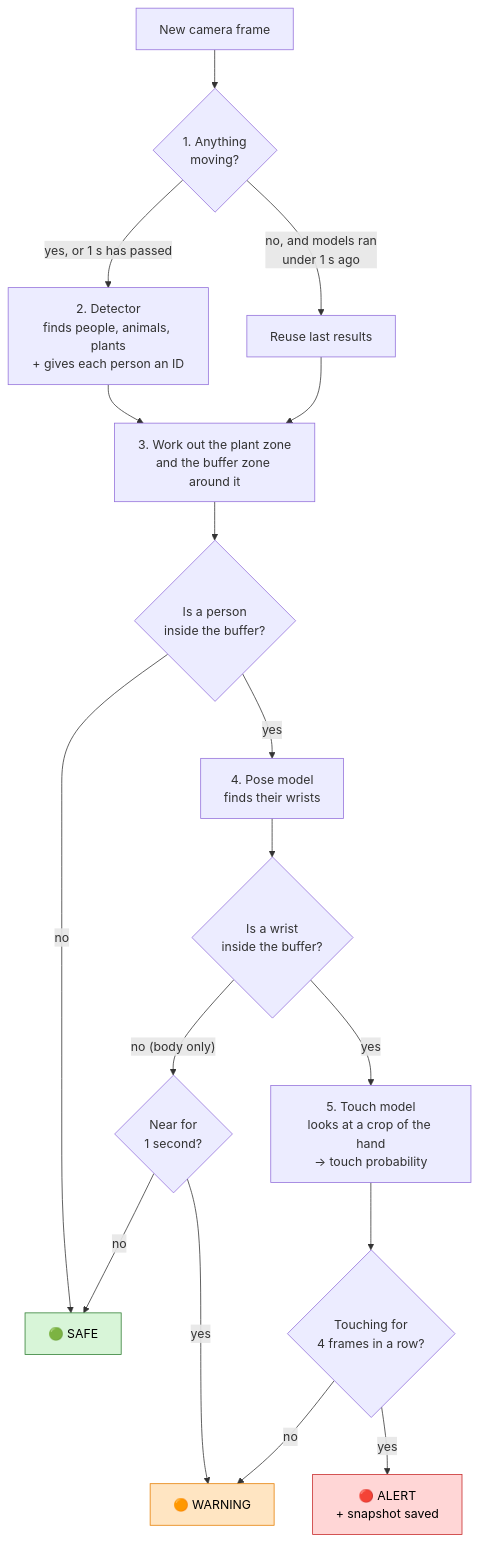
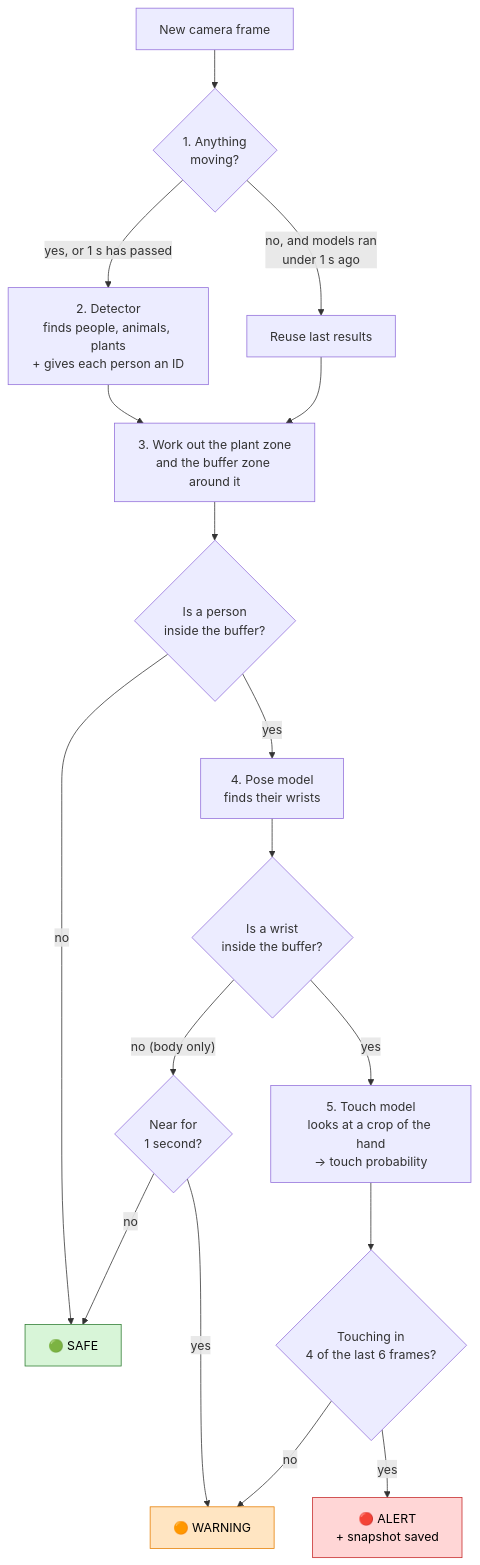
One commit to NyChieng/Innovation-Private-Proto changed the second of 6 diagrams in ai-vision-node/README.md. Above: the diagram before and after it, drawn with Mermaid. The commit also changed other lines of this file and 3 other files, not shown here.

````diff
--- a/ai-vision-node/README.md
+++ b/ai-vision-node/README.md
@@ -53,26 +54,26 @@
 ```mermaid
 flowchart TD
     F["New camera frame"] --> M{"1. Anything<br/>moving?"}
     M -- "no, and models ran<br/>under 1 s ago" --> REUSE["Reuse last results"]
     M -- "yes, or 1 s has passed" --> DET["2. Detector<br/>finds people, animals, plants<br/>+ gives each person an ID"]
     DET --> ZONE["3. Work out the plant zone<br/>and the buffer zone around it"]
     REUSE --> ZONE
     ZONE --> NEAR{"Is a person<br/>inside the buffer?"}
     NEAR -- no --> SAFE["🟢 SAFE"]
     NEAR -- yes --> POSE["4. Pose model<br/>finds their wrists"]
     POSE --> HAND{"Is a wrist<br/>inside the buffer?"}
     HAND -- "no (body only)" --> WAIT{"Near for<br/>1 second?"}
     WAIT -- no --> SAFE
     WAIT -- yes --> WARN["🟠 WARNING"]
     HAND -- yes --> TOUCH["5. Touch model<br/>looks at a crop of the hand<br/>→ touch probability"]
-    TOUCH --> T{"Touching for<br/>4 frames in a row?"}
+    TOUCH --> T{"Touching in<br/>4 of the last 6 frames?"}
     T -- no --> WARN
     T -- yes --> ALERT["🔴 ALERT<br/>+ snapshot saved"]
 
     classDef safe fill:#d8f5d8,stroke:#2e7d32,color:#000
     classDef warn fill:#ffe5c2,stroke:#e67e00,color:#000
     classDef alert fill:#ffd6d6,stroke:#c62828,color:#000
     class SAFE safe
     class WARN warn
     class ALERT alert
 ```
````
